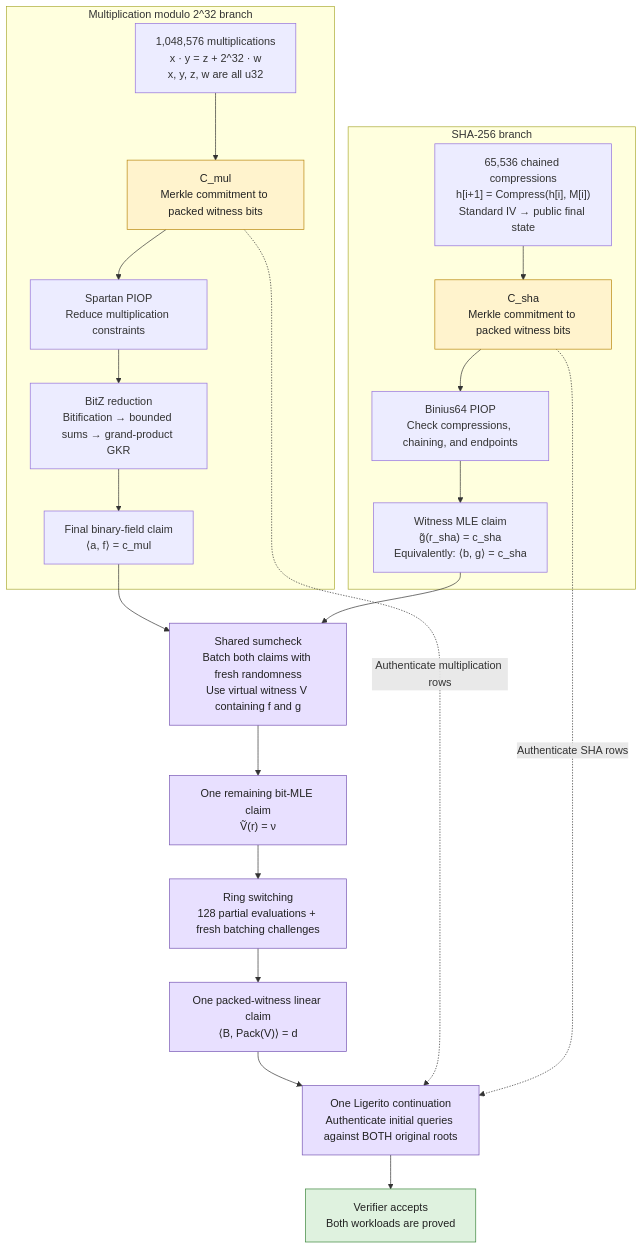
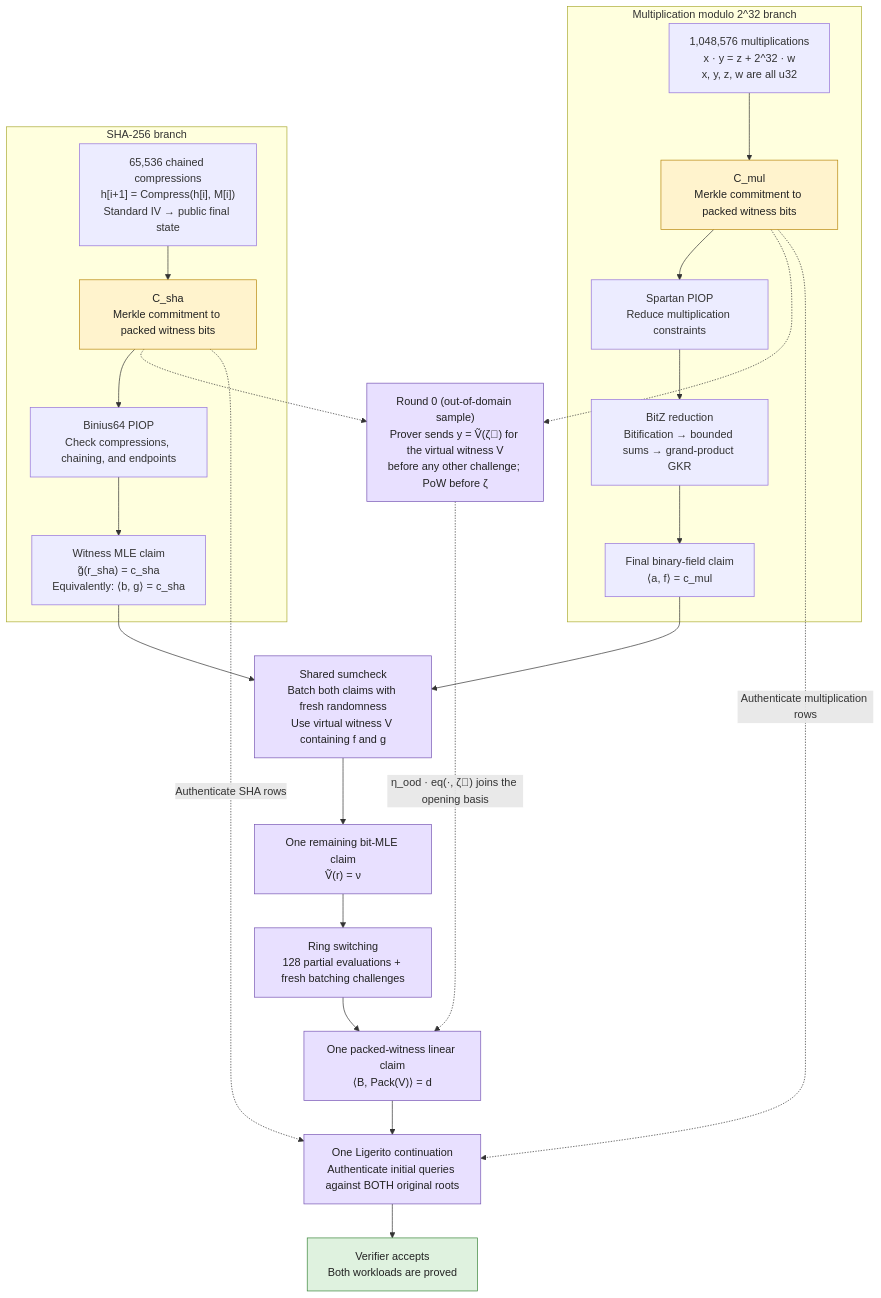
The diagram in docs/hybrid-u32-sha256-protocol.md (albert-garreta/BitZ-PoC), drawn with Mermaid before and after one commit. The commit also changed other lines of this file and 8 other files, not shown here.

````diff
--- a/docs/hybrid-u32-sha256-protocol.md
+++ b/docs/hybrid-u32-sha256-protocol.md
@@ -5,43 +5,48 @@
 ```mermaid
 flowchart TD
     subgraph MUL["Multiplication modulo 2^32 branch"]
         M["1,048,576 multiplications<br/>x · y = z + 2^32 · w<br/>x, y, z, w are all u32"]
         CM["C_mul<br/>Merkle commitment to packed witness bits"]
         SP["Spartan PIOP<br/>Reduce multiplication constraints"]
         BZ["BitZ reduction<br/>Bitification → bounded sums → grand-product GKR"]
         MC["Final binary-field claim<br/>⟨a, f⟩ = c_mul"]
 
         M --> CM --> SP --> BZ --> MC
     end
 
     subgraph SHA["SHA-256 branch"]
         H["65,536 chained compressions<br/>h[i+1] = Compress(h[i], M[i])<br/>Standard IV → public final state"]
         CH["C_sha<br/>Merkle commitment to packed witness bits"]
         BP["Binius64 PIOP<br/>Check compressions, chaining, and endpoints"]
         HC["Witness MLE claim<br/>g̃(r_sha) = c_sha<br/>Equivalently: ⟨b, g⟩ = c_sha"]
 
         H --> CH --> BP --> HC
     end
 
     MC --> SC
     HC --> SC
 
+    R0["Round 0 (out-of-domain sample)<br/>Prover sends y = Ṽ(ζ⃗) for the virtual witness V<br/>before any other challenge; PoW before ζ"]
+    CM -.-> R0
+    CH -.-> R0
+    R0 -.->|"η_ood · eq(·, ζ⃗) joins the opening basis"| PC
+
     SC["Shared sumcheck<br/>Batch both claims with fresh randomness<br/>Use virtual witness V containing f and g"]
     EV["One remaining bit-MLE claim<br/>Ṽ(r) = ν"]
     RS["Ring switching<br/>128 partial evaluations + fresh batching challenges"]
     PC["One packed-witness linear claim<br/>⟨B, Pack(V)⟩ = d"]
     LIG["One Ligerito continuation<br/>Authenticate initial queries against BOTH original roots"]
     OK["Verifier accepts<br/>Both workloads are proved"]
 
     SC --> EV --> RS --> PC --> LIG --> OK
     CM -.->|"Authenticate multiplication rows"| LIG
     CH -.->|"Authenticate SHA rows"| LIG
 
     classDef commitment fill:#fff3cd,stroke:#b8860b,color:#222;
     classDef shared fill:#e8e0ff,stroke:#7654b3,color:#222;
     classDef accepted fill:#dff2df,stroke:#398439,color:#222;
 
     class CM,CH commitment;
-    class SC,EV,RS,PC,LIG shared;
+    class R0,SC,EV,RS,PC,LIG shared;
     class OK accepted;
 ```
````
